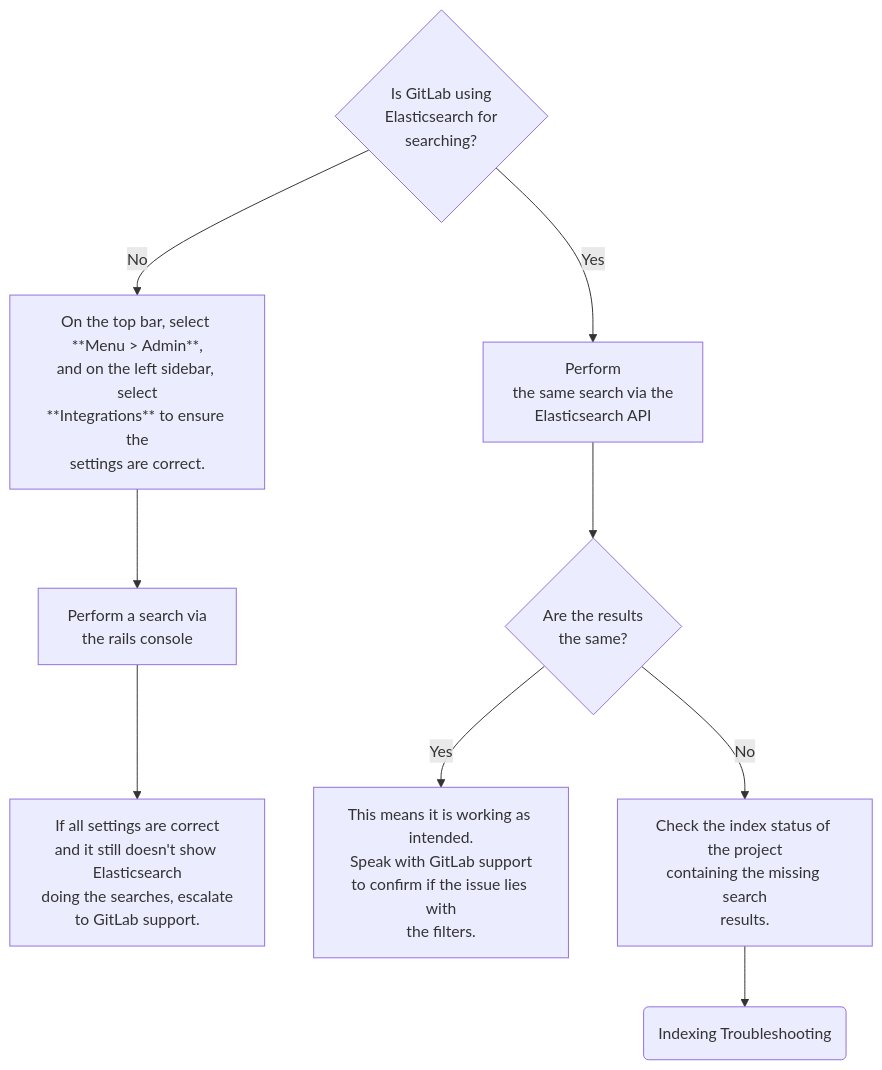
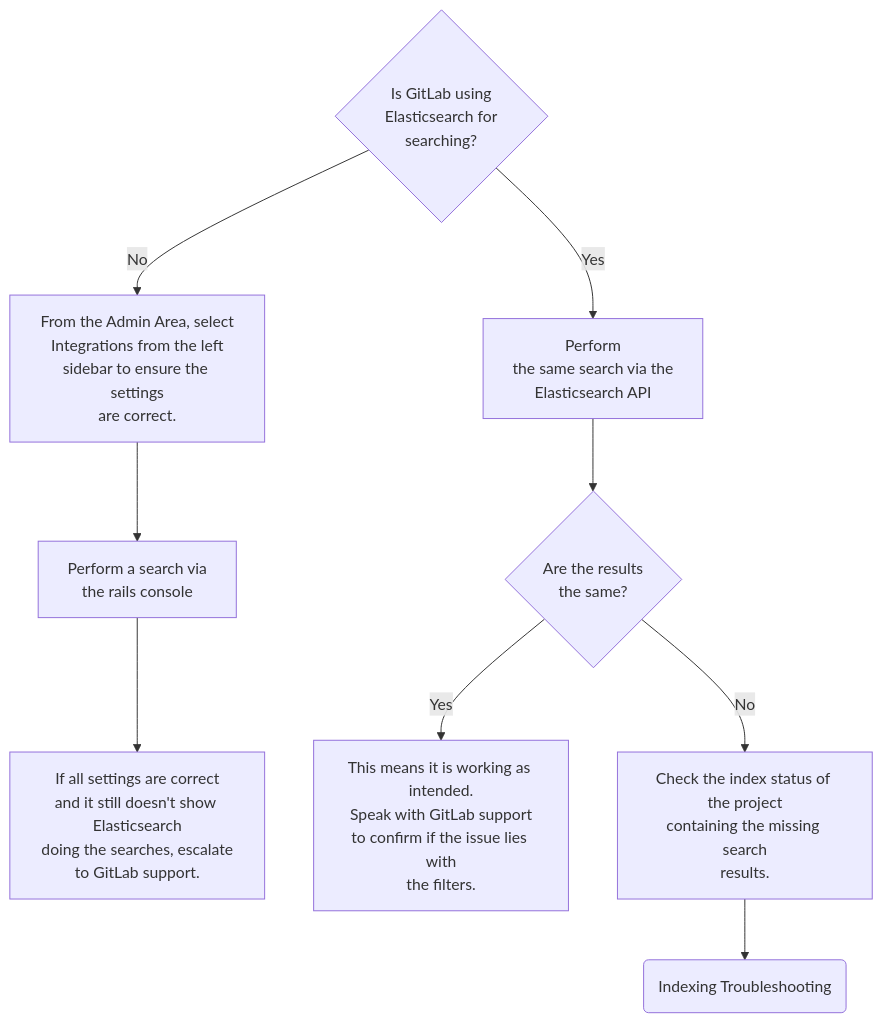
The first of 5 diagrams in doc/administration/troubleshooting/elasticsearch.md (mehulagg/gitlab), drawn with Mermaid before and after one commit. The commit also changed other lines of this file, not shown here.

First line of the commit message:
Remove formatting from mermaid

````diff
--- a/doc/administration/troubleshooting/elasticsearch.md
+++ b/doc/administration/troubleshooting/elasticsearch.md
@@ -45,20 +45,20 @@
 ```mermaid
 graph TD;
   B --> |No| B1
   B --> |Yes| B4
   B1 --> B2
   B2 --> B3
   B4 --> B5
   B5 --> |Yes| B6
   B5 --> |No| B7
   B7 --> B8
   B{Is GitLab using<br>Elasticsearch for<br>searching?}
-  B1[On the top bar, select **Menu > Admin**,<br>and on the left sidebar, select<br>**Integrations** to ensure the<br>settings are correct.]
+  B1[From the Admin Area, select<br>Integrations from the left<br>sidebar to ensure the settings<br>are correct.]
   B2[Perform a search via<br>the rails console]
   B3[If all settings are correct<br>and it still doesn't show Elasticsearch<br>doing the searches, escalate<br>to GitLab support.]
   B4[Perform<br>the same search via the<br>Elasticsearch API]
   B5{Are the results<br>the same?}
   B6[This means it is working as intended.<br>Speak with GitLab support<br>to confirm if the issue lies with<br>the filters.]
   B7[Check the index status of the project<br>containing the missing search<br>results.]
   B8(Indexing Troubleshooting)
 ```
````
